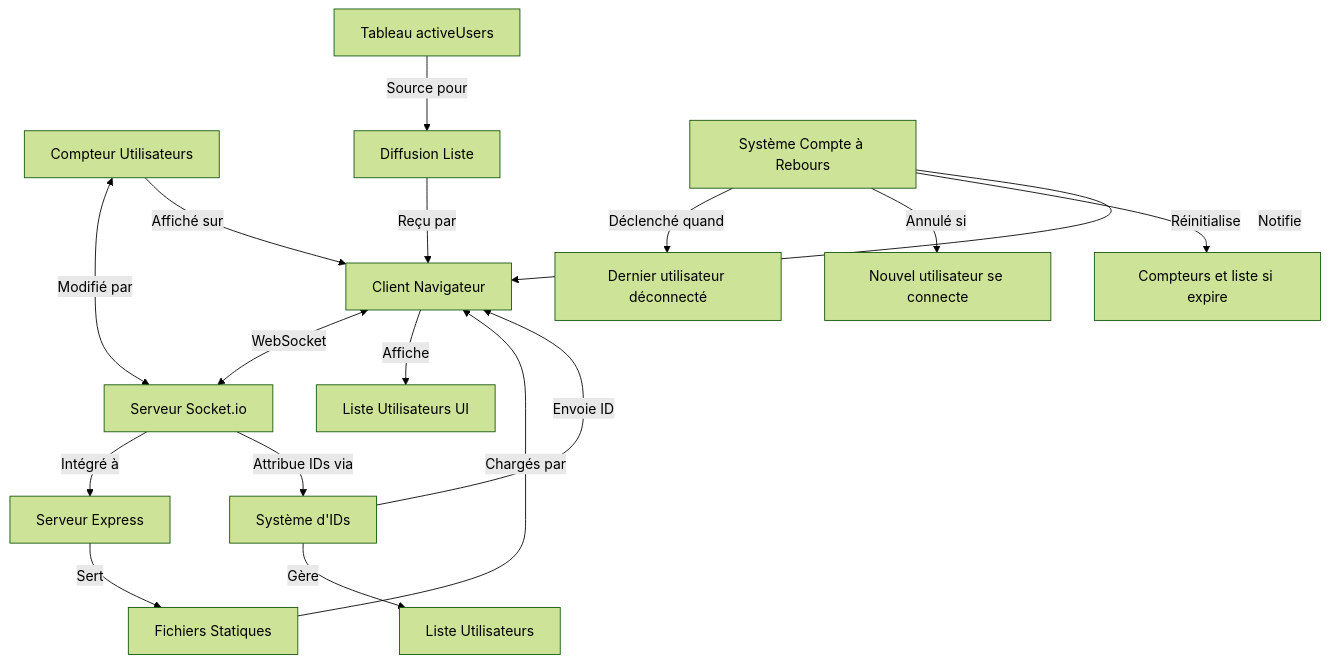
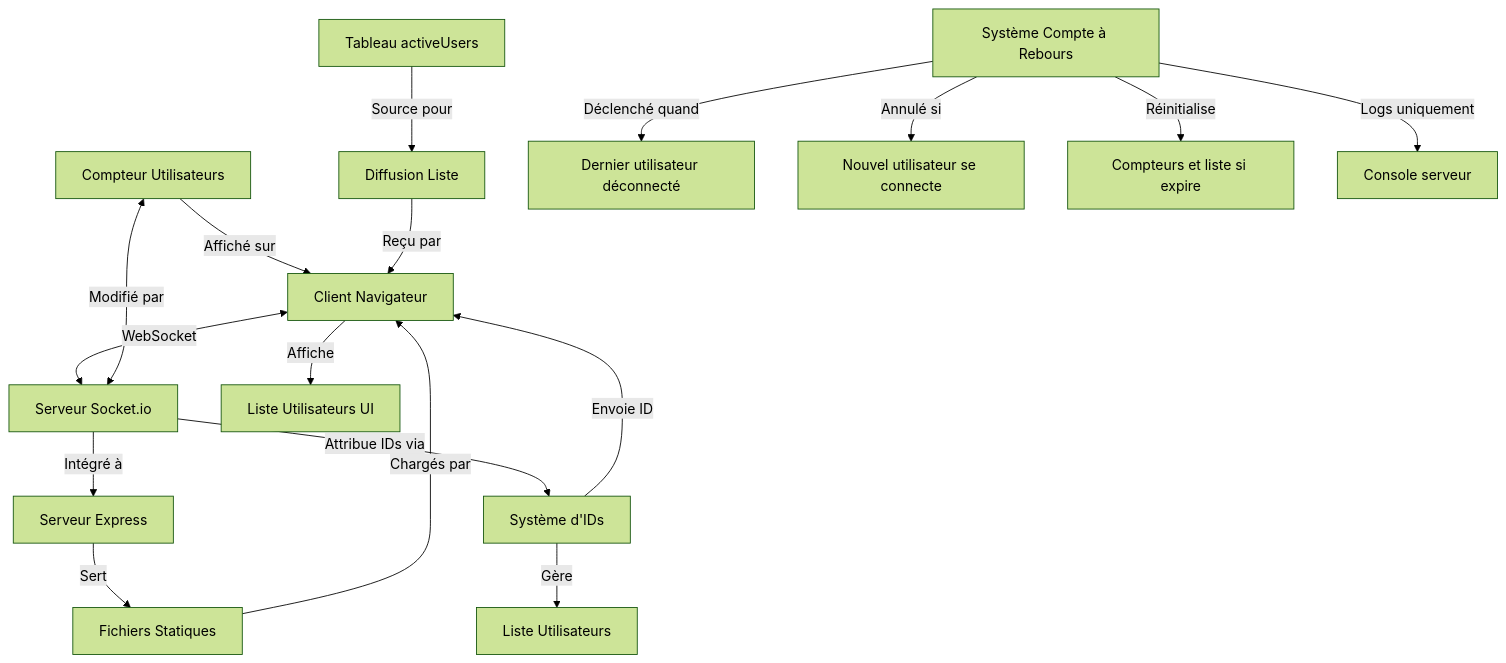
One commit to nicolasmbronner/basic-websocket-prototype changed the diagram in README.md. Above: the diagram before and after it, drawn with Mermaid (forest theme). The commit also changed other lines of this file and 5 other files, not shown here.

````diff
--- a/README.md
+++ b/README.md
@@ -15,23 +15,23 @@
 ```mermaid
 graph TD
     A[Client Navigateur] <-->|WebSocket| B[Serveur Socket.io]
     B -->|Intégré à| C[Serveur Express]
     C -->|Sert| D[Fichiers Statiques]
     D -->|Chargés par| A
     
     E[Compteur Utilisateurs] <-->|Modifié par| B
     E -->|Affiché sur| A
     
     F[Système d'IDs] -->|Gère| G[Liste Utilisateurs]
     B -->|Attribue IDs via| F
     F -->|Envoie ID| A
     
     H[Tableau activeUsers] -->|Source pour| I[Diffusion Liste]
     I -->|Reçu par| A
     A -->|Affiche| J[Liste Utilisateurs UI]
     
     K[Système Compte à Rebours] -->|Déclenché quand| L[Dernier utilisateur déconnecté]
     K -->|Annulé si| M[Nouvel utilisateur se connecte]
     K -->|Réinitialise| N[Compteurs et liste si expire]
-    K -->|Notifie| A
+    K -->|Logs uniquement| O[Console serveur]
 ```
````
